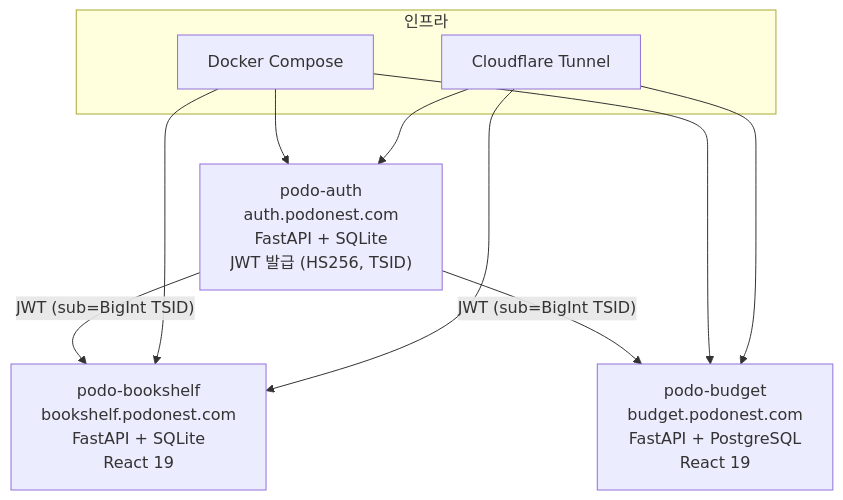
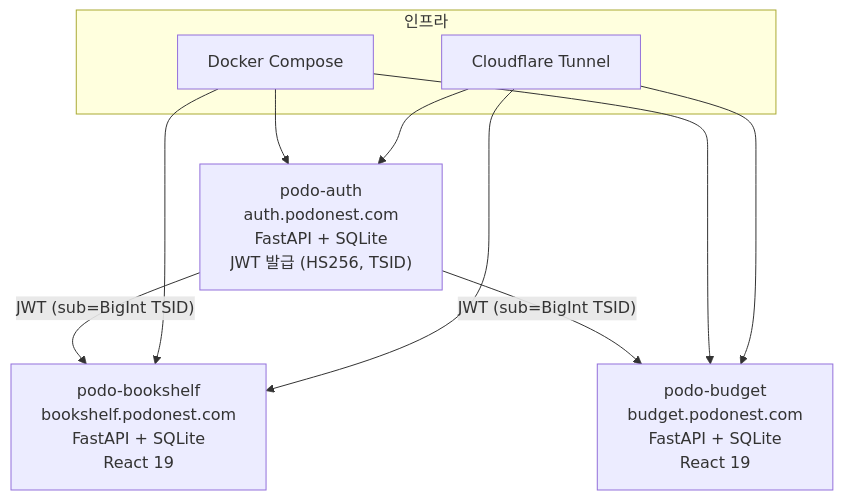
The diagram in content/projects/podonest.md (YYong91/YYong91.github.io), drawn with Mermaid before and after one commit. The commit also changed other lines of this file and 4 other files, not shown here.

```diff
--- a/content/projects/podonest.md
+++ b/content/projects/podonest.md
@@ -16,23 +16,23 @@
 <div class="mermaid">
 graph TD
     AUTH["podo-auth<br/>auth.podonest.com<br/>FastAPI + SQLite<br/>JWT 발급 (HS256, TSID)"]
 
     SHELF["podo-bookshelf<br/>bookshelf.podonest.com<br/>FastAPI + SQLite<br/>React 19"]
 
-    BUDGET["podo-budget<br/>budget.podonest.com<br/>FastAPI + PostgreSQL<br/>React 19"]
+    BUDGET["podo-budget<br/>budget.podonest.com<br/>FastAPI + SQLite<br/>React 19"]
 
     AUTH -->|"JWT (sub=BigInt TSID)"| SHELF
     AUTH -->|"JWT (sub=BigInt TSID)"| BUDGET
 
     subgraph "인프라"
         DC["Docker Compose"]
         CF["Cloudflare Tunnel"]
     end
 
     DC --> AUTH
     DC --> SHELF
     DC --> BUDGET
     CF --> AUTH
     CF --> SHELF
     CF --> BUDGET
 </div>
```
